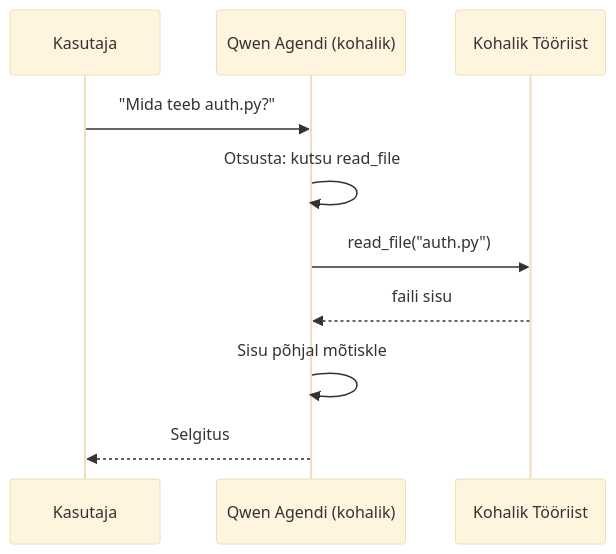
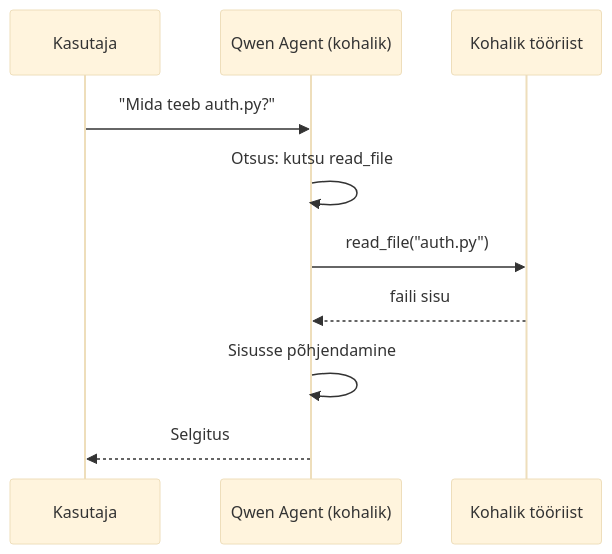
One commit to microsoft/ai-agents-for-beginners changed the second of 4 diagrams in translations/et/17-creating-local-ai-agents/README.md. Above: the diagram before and after it, drawn with Mermaid (base theme). The commit also changed other lines of this file and 46 other files, not shown here.

````diff
--- a/translations/et/17-creating-local-ai-agents/README.md
+++ b/translations/et/17-creating-local-ai-agents/README.md
@@ -106,12 +106,12 @@
 ```mermaid
 sequenceDiagram
     participant U as Kasutaja
-    participant A as Qwen Agendi (kohalik)
-    participant T as Kohalik Tööriist
+    participant A as Qwen Agent (kohalik)
+    participant T as Kohalik tööriist
     U->>A: "Mida teeb auth.py?"
-    A->>A: Otsusta: kutsu read_file
+    A->>A: Otsus: kutsu read_file
     A->>T: read_file("auth.py")
     T-->>A: faili sisu
-    A->>A: Sisu põhjal mõtiskle
+    A->>A: Sisusse põhjendamine
     A-->>U: Selgitus
 ```
````
